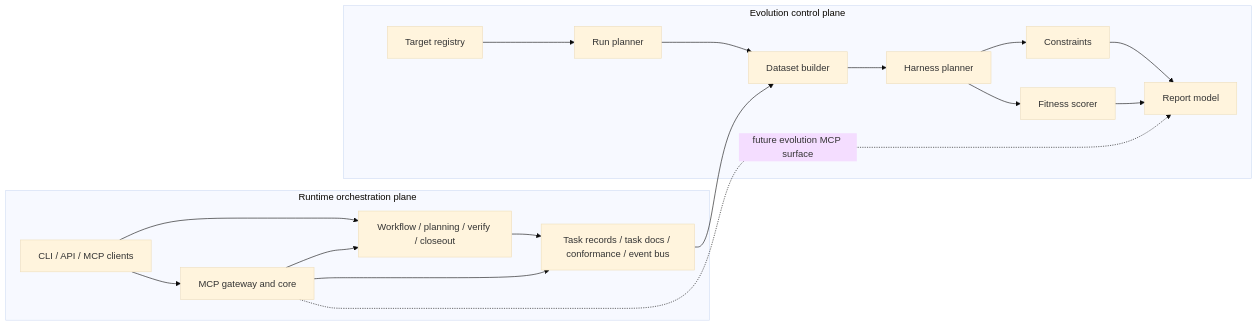
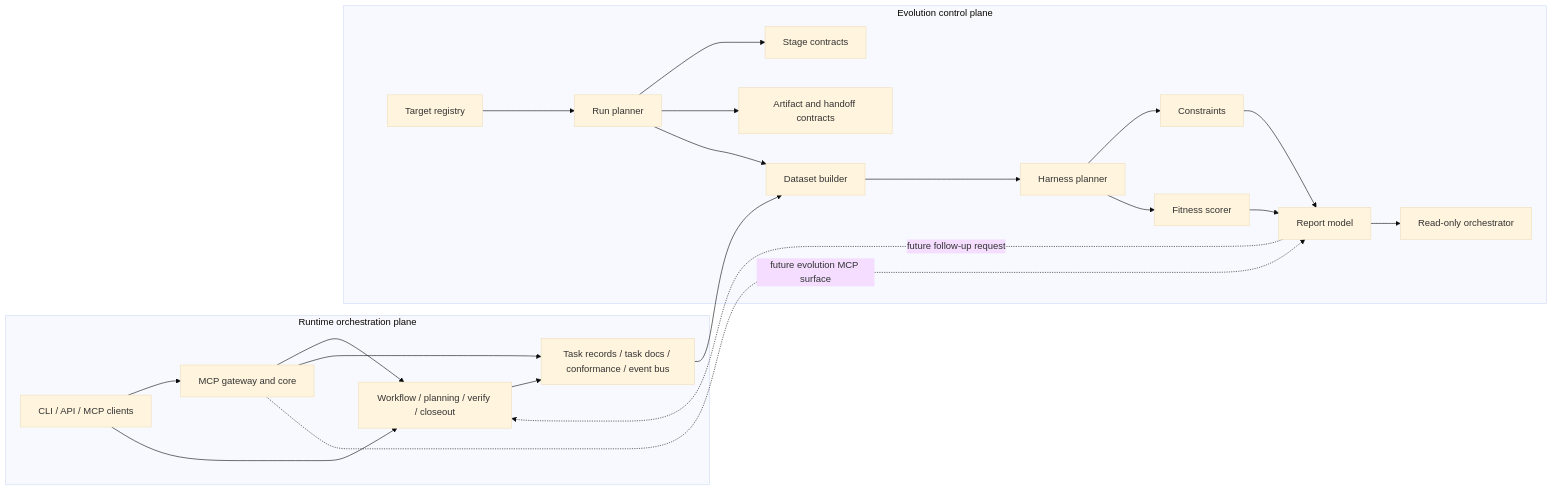
Before and after one commit to jihkang/Sisyphus: the third of 6 diagrams in docs/architecture.md, drawn with Mermaid (base theme). The commit also changed other lines of this file and 9 other files, not shown here.

Commit message:
Replay evolution contracts and read-only orchestrator

````diff
--- a/docs/architecture.md
+++ b/docs/architecture.md
@@ -294,36 +308,43 @@
 ```mermaid
 flowchart LR
     subgraph Runtime["Runtime orchestration plane"]
         Clients[CLI / API / MCP clients]
         MCP[MCP gateway and core]
         Workflow[Workflow / planning / verify / closeout]
         RepoState[Task records / task docs / conformance / event bus]
 
         Clients --> MCP
         Clients --> Workflow
         MCP --> Workflow
         Workflow --> RepoState
         MCP --> RepoState
     end
 
     subgraph Evolution["Evolution control plane"]
         Targets[Target registry]
         Run[Run planner]
+        Stages[Stage contracts]
+        Artifacts[Artifact and handoff contracts]
         Dataset[Dataset builder]
         Harness[Harness planner]
         Guards[Constraints]
         Fitness[Fitness scorer]
         Report[Report model]
+        Orchestrator[Read-only orchestrator]
 
         Targets --> Run
+        Run --> Stages
+        Run --> Artifacts
         Run --> Dataset
         Dataset --> Harness
         Harness --> Guards
         Harness --> Fitness
         Guards --> Report
         Fitness --> Report
+        Report --> Orchestrator
     end
 
     RepoState --> Dataset
+    Report -. future follow-up request .-> Workflow
     MCP -. future evolution MCP surface .-> Report
 ```
````
